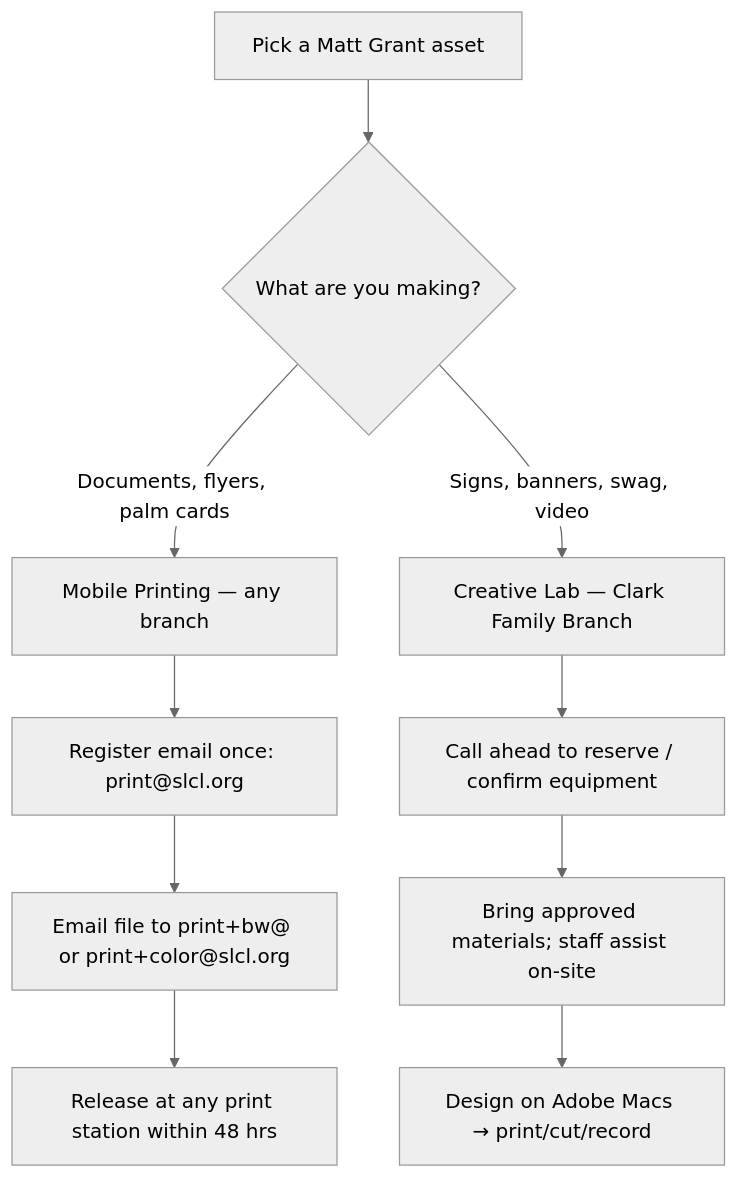
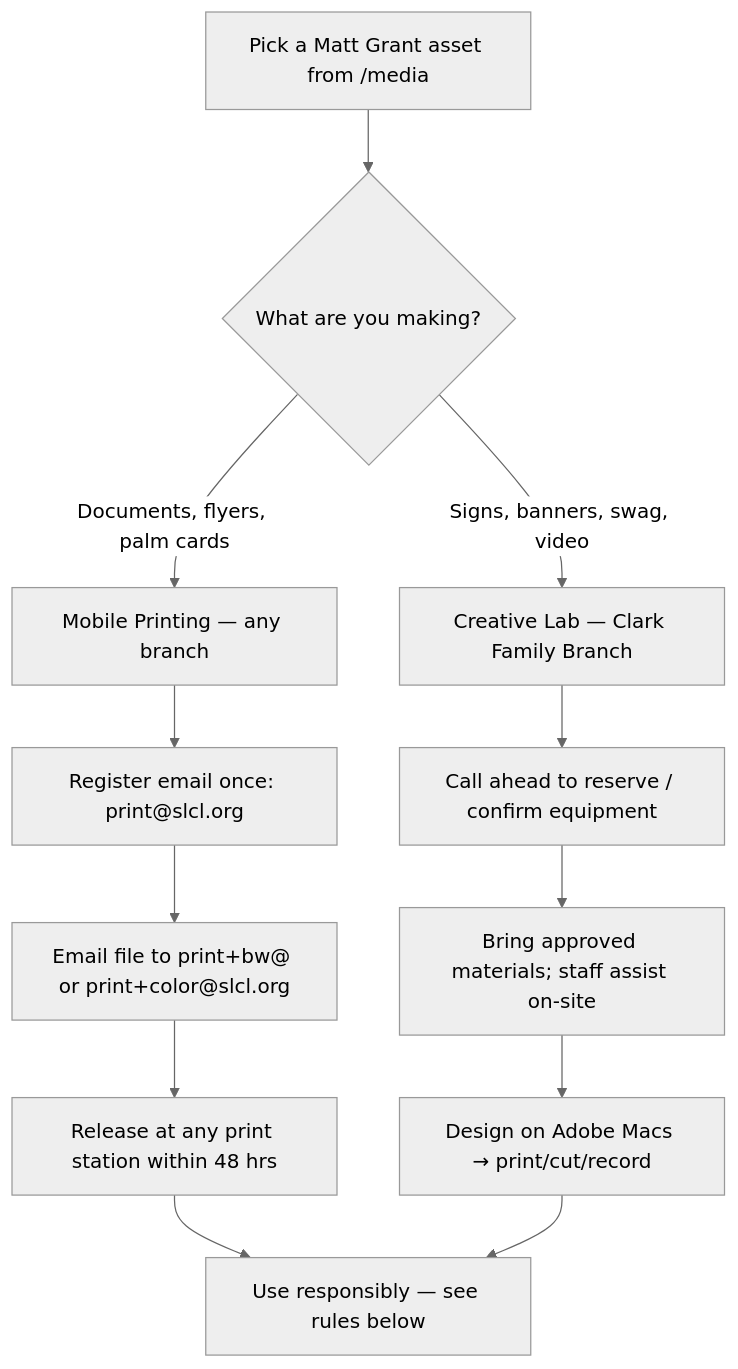
Before and after one commit to dougdevitre/matt-grant: the diagram in candidate/library-print-and-produce-guide.md, drawn with Mermaid (neutral theme). The commit also changed other lines of this file and 4 other files, not shown here.

````diff
--- a/candidate/library-print-and-produce-guide.md
+++ b/candidate/library-print-and-produce-guide.md
@@ -22,12 +37,14 @@
 ```mermaid
 flowchart TD
-    A[Pick a Matt Grant asset] --> B{What are you making?}
+    A[Pick a Matt Grant asset from /media] --> B{What are you making?}
     B -->|Documents, flyers, palm cards| C[Mobile Printing — any branch]
     B -->|Signs, banners, swag, video| D[Creative Lab — Clark Family Branch]
     C --> C1[Register email once: print@slcl.org]
     C1 --> C2[Email file to print+bw@ or print+color@slcl.org]
     C2 --> C3[Release at any print station within 48 hrs]
     D --> D1[Call ahead to reserve / confirm equipment]
     D1 --> D2[Bring approved materials; staff assist on-site]
     D2 --> D3[Design on Adobe Macs → print/cut/record]
+    C3 --> E[Use responsibly — see rules below]
+    D3 --> E
 ```
````
